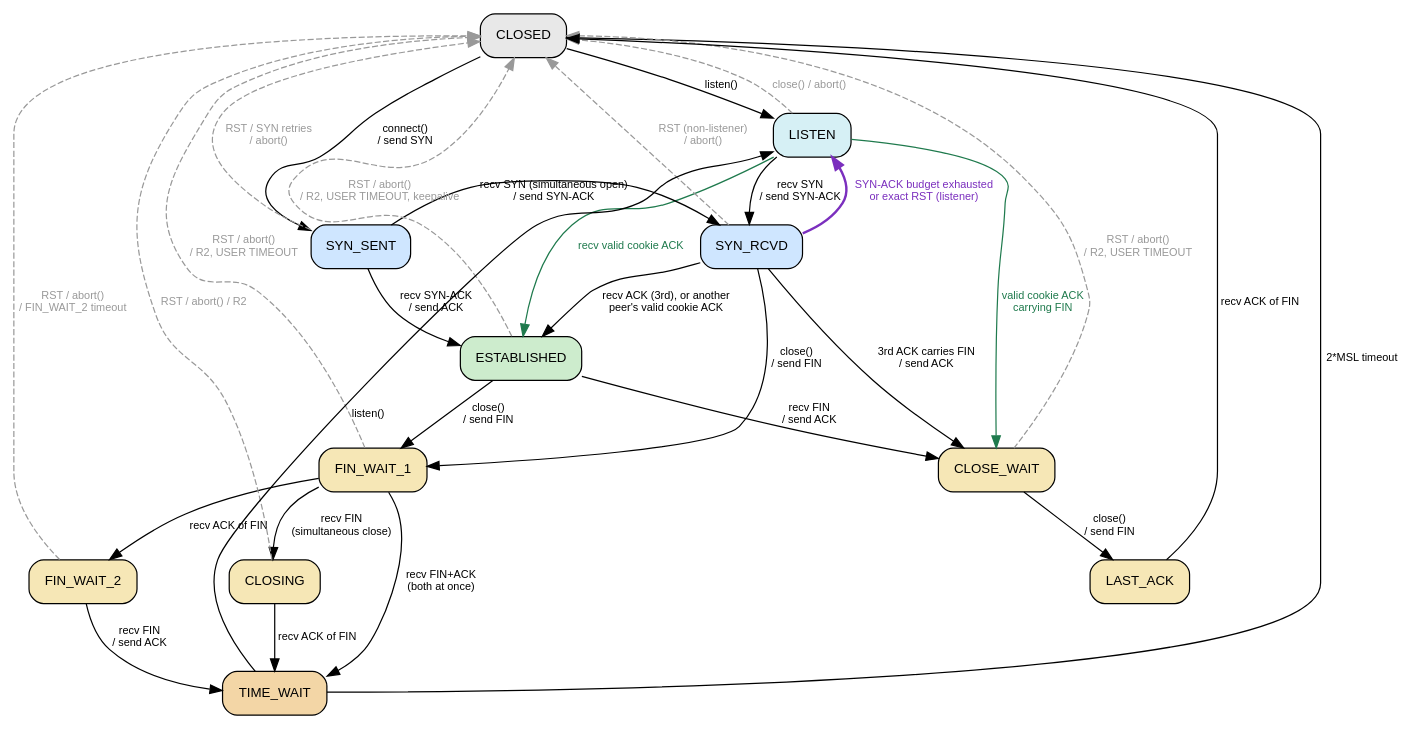
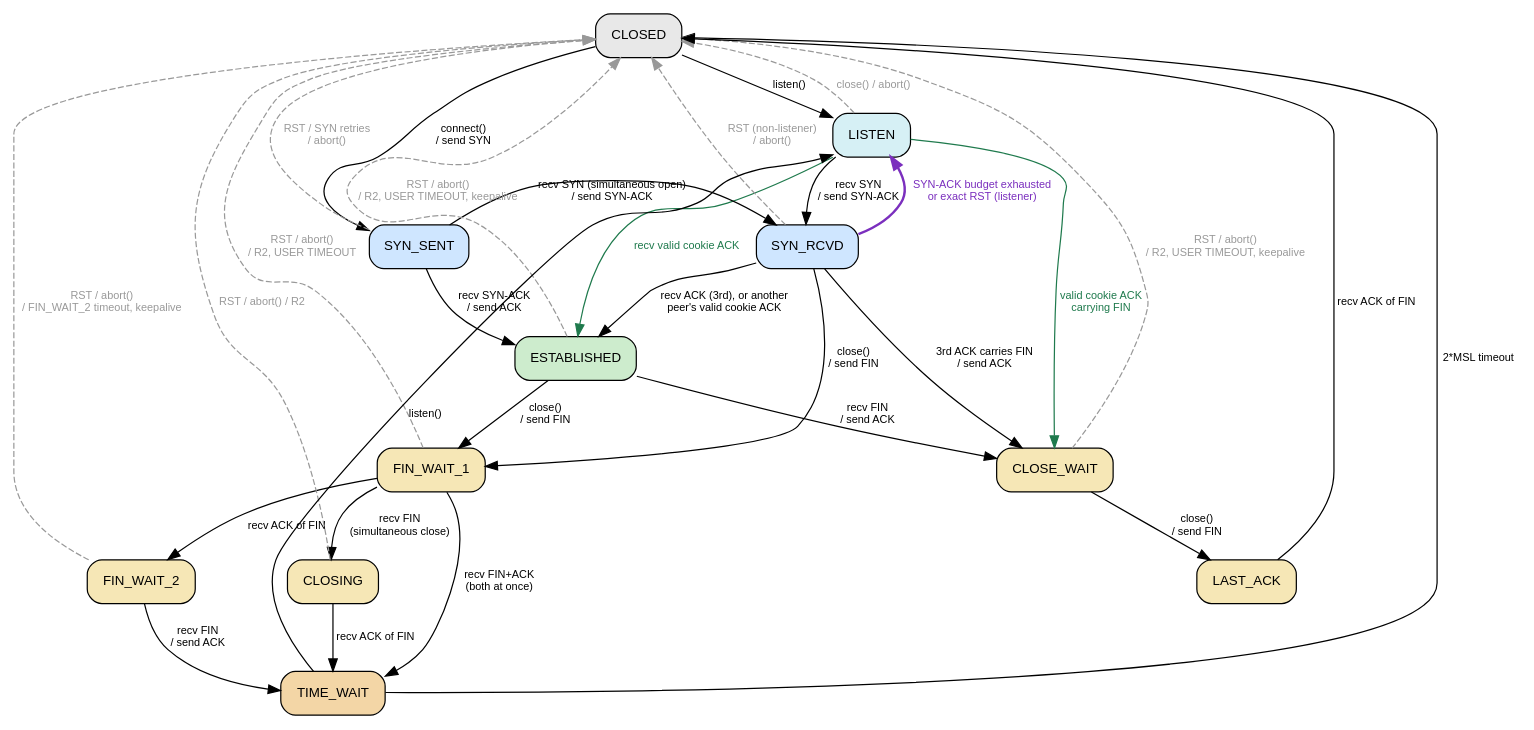
One commit to mjsabby/tcp-sans-io changed the diagram in docs/state-machine.dot. Above: the diagram before and after it, drawn with Graphviz. The commit also changed 14 other files, not shown here.

```diff
--- a/docs/state-machine.dot
+++ b/docs/state-machine.dot
@@ -1,94 +1,94 @@
 // TCP connection state machine for tcp-sans-io.
 //
 // This is the authoritative, implementation-accurate transition graph. Its
 // edges are exactly the relation of `State::debug_transition_allowed()` in
 // src/state.rs: every fuzz target panics on a transition it does not allow,
 // and a unit test in src/state.rs fails if this file draws a different set
 // of edges, so the picture and the code cannot drift apart. Transition sites
 // live in src/tcb/ (input.rs, ack.rs, cookie.rs, timers.rs, mod.rs).
 //
 // Regenerate the SVG after editing:
 //   dot -Tsvg docs/state-machine.dot -o docs/state-machine.svg
 //
 // Legend:
 //   solid black   normal protocol transition (trigger / action)
 //   bold purple   SYN_RCVD -> LISTEN revert: the half-open slot is recycled
 //                 (bounded SYN-ACK retransmit budget, or an exact RST)
 //   green         SYN-cookie promotion: a valid cookie ACK establishes the
 //                 connection with no prior state
 //   dashed grey   abort: RST received, local abort(), or a timeout -> CLOSED
 //
 digraph tcp_state_machine {
     rankdir=TB;
     bgcolor="white";
     node [shape=box, style="rounded,filled", fontname="Helvetica", fontsize=11, margin="0.18,0.08"];
     edge [fontname="Helvetica", fontsize=9];
 
     // ---- States (colour-grouped by phase) -------------------------------
     Closed      [fillcolor="#e8e8e8", label="CLOSED"];
     Listen      [fillcolor="#d6f0f5", label="LISTEN"];
     SynSent     [fillcolor="#cfe6ff", label="SYN_SENT"];
     SynRcvd     [fillcolor="#cfe6ff", label="SYN_RCVD"];
     Established  [fillcolor="#cdeccd", label="ESTABLISHED"];
     FinWait1    [fillcolor="#f6e7b6", label="FIN_WAIT_1"];
     FinWait2    [fillcolor="#f6e7b6", label="FIN_WAIT_2"];
     Closing     [fillcolor="#f6e7b6", label="CLOSING"];
     TimeWait    [fillcolor="#f3d6a6", label="TIME_WAIT"];
     CloseWait   [fillcolor="#f6e7b6", label="CLOSE_WAIT"];
     LastAck     [fillcolor="#f6e7b6", label="LAST_ACK"];
 
     // ---- Opens ----------------------------------------------------------
     Closed   -> SynSent     [label="connect()\n/ send SYN"];
     Closed   -> Listen      [label="listen()"];
     Listen   -> SynRcvd     [label="recv SYN\n/ send SYN-ACK"];
     SynSent  -> Established  [label="recv SYN-ACK\n/ send ACK"];
     SynSent  -> SynRcvd     [label="recv SYN (simultaneous open)\n/ send SYN-ACK"];
     SynRcvd  -> Established  [label="recv ACK (3rd), or another\npeer's valid cookie ACK"];
     SynRcvd  -> CloseWait   [label="3rd ACK carries FIN\n/ send ACK"];
     TimeWait -> Listen      [label="listen()"];
 
     // Hybrid SYN cookies: while the half-open slot is busy, other peers get
     // stateless cookie SYN-ACKs. A valid cookie ACK establishes directly —
     // from LISTEN, or from SYN_RCVD by taking over the pending half-open.
     Listen   -> Established [label="recv valid cookie ACK",
                              color="#1f7a4d", fontcolor="#1f7a4d"];
     Listen   -> CloseWait   [label="valid cookie ACK\ncarrying FIN",
                              color="#1f7a4d", fontcolor="#1f7a4d"];
 
     // The half-open slot is recycled back to LISTEN after its bounded
     // SYN-ACK retransmit budget, or by a RST exactly at RCV.NXT (any other
     // in-window RST only draws a challenge ACK, RFC 5961).
     SynRcvd  -> Listen      [label="SYN-ACK budget exhausted\nor exact RST (listener)",
                              color="#7b2fbe", fontcolor="#7b2fbe", penwidth=2.0];
 
     // ---- Active close (we call close() first) ---------------------------
     Established -> FinWait1 [label="close()\n/ send FIN"];
     SynRcvd     -> FinWait1 [label="close()\n/ send FIN"];
     FinWait1 -> FinWait2    [label="recv ACK of FIN"];
     FinWait1 -> Closing     [label="recv FIN\n(simultaneous close)"];
     FinWait1 -> TimeWait    [label="recv FIN+ACK\n(both at once)"];
     FinWait2 -> TimeWait    [label="recv FIN\n/ send ACK"];
     Closing  -> TimeWait    [label="recv ACK of FIN"];
     TimeWait -> Closed      [label="2*MSL timeout"];
 
     // ---- Passive close (peer FINs first) --------------------------------
     Established -> CloseWait [label="recv FIN\n/ send ACK"];
     CloseWait   -> LastAck   [label="close()\n/ send FIN"];
     LastAck     -> Closed    [label="recv ACK of FIN"];
 
     // ---- Aborts: RST received / abort() / timeouts -> CLOSED ------------
     edge [style=dashed, color="#999999", fontcolor="#999999"];
     SynSent     -> Closed [label="RST / SYN retries\n/ abort()"];
     SynRcvd     -> Closed [label="RST (non-listener)\n/ abort()"];
     Listen      -> Closed [label="close() / abort()"];
     Established -> Closed [label="RST / abort()\n/ R2, USER TIMEOUT, keepalive"];
     FinWait1    -> Closed [label="RST / abort()\n/ R2, USER TIMEOUT"];
-    FinWait2    -> Closed [label="RST / abort()\n/ FIN_WAIT_2 timeout"];
+    FinWait2    -> Closed [label="RST / abort()\n/ FIN_WAIT_2 timeout, keepalive"];
     Closing     -> Closed [label="RST / abort() / R2"];
-    CloseWait   -> Closed [label="RST / abort()\n/ R2, USER TIMEOUT"];
+    CloseWait   -> Closed [label="RST / abort()\n/ R2, USER TIMEOUT, keepalive"];
 
     // ---- Rank hints for a clean top-to-bottom flow ----------------------
     { rank=same; SynSent; SynRcvd; }
     { rank=same; FinWait1; CloseWait; }
     { rank=same; FinWait2; Closing; }
 }
```
